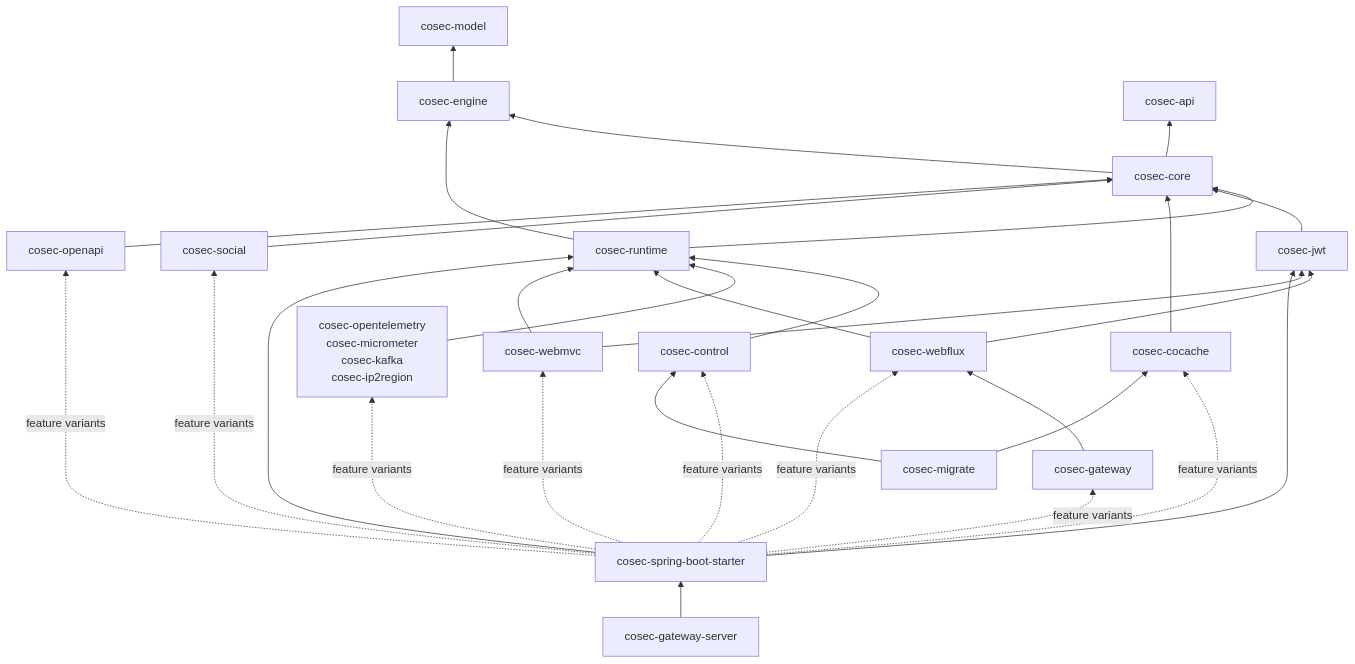
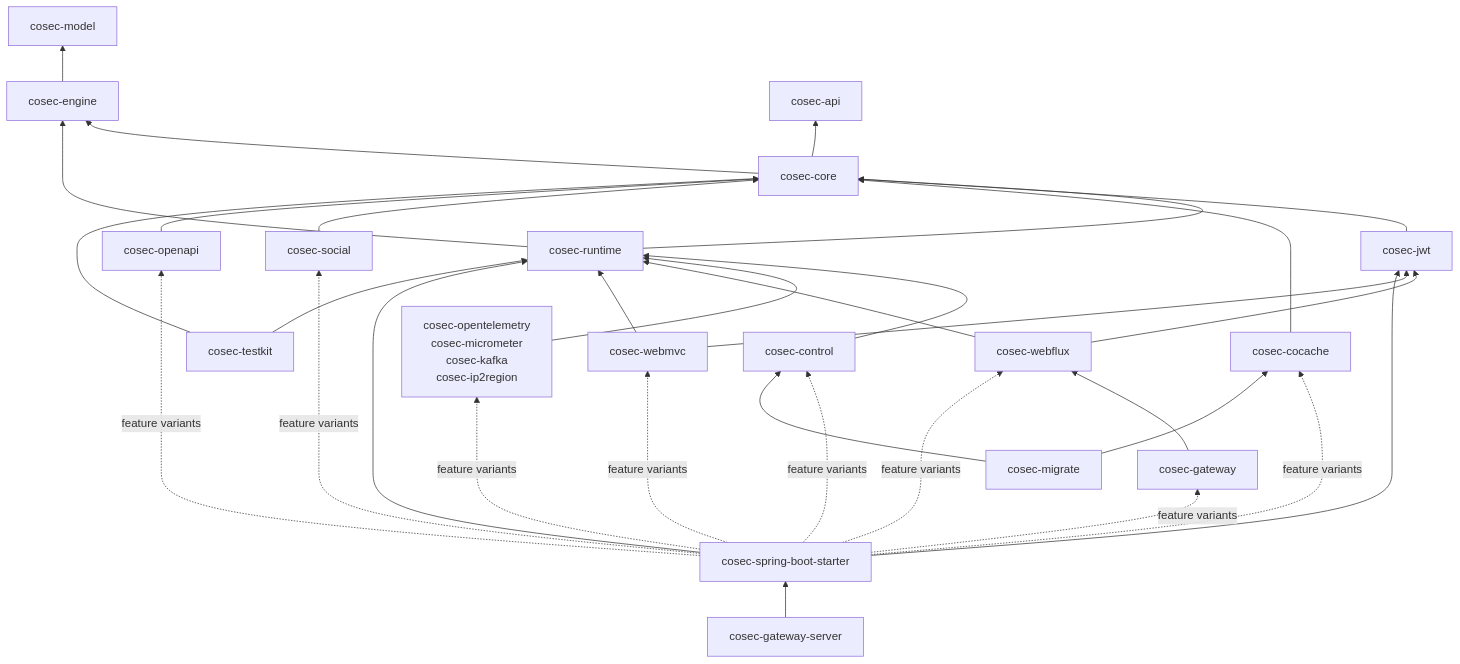
The first of 3 diagrams in wiki/architecture/overview.md (Ahoo-Wang/CoSec), drawn with Mermaid before and after one commit. The commit also changed other lines of this file and 38 other files, not shown here.

````diff
--- a/wiki/architecture/overview.md
+++ b/wiki/architecture/overview.md
@@ -31,21 +31,22 @@
 ```mermaid
 flowchart BT
     model[cosec-model]
     engine[cosec-engine] --> model
     api[cosec-api]
     core[cosec-core] --> api & engine
     runtime[cosec-runtime] --> engine & core
     control[cosec-control] --> runtime
     jwt[cosec-jwt] --> core
     cocache[cosec-cocache] --> core
     social[cosec-social] --> core
     openapi[cosec-openapi] --> core
     listeners[cosec-opentelemetry<br>cosec-micrometer<br>cosec-kafka<br>cosec-ip2region] --> runtime
     webflux[cosec-webflux] --> runtime & jwt
     webmvc[cosec-webmvc] --> runtime & jwt
     gateway[cosec-gateway] --> webflux
     starter[cosec-spring-boot-starter] --> runtime & jwt
     starter -. feature variants .-> webflux & webmvc & gateway & cocache & control & social & listeners & openapi
     migrate[cosec-migrate] --> cocache & control
+    testkit[cosec-testkit] --> core & runtime
     server[cosec-gateway-server] --> starter
 ```
````
